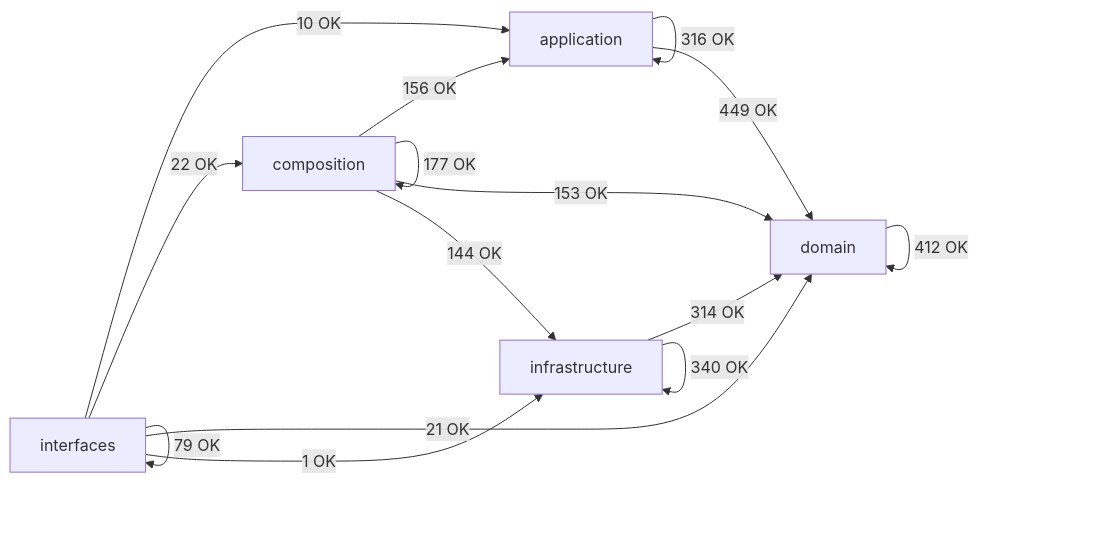
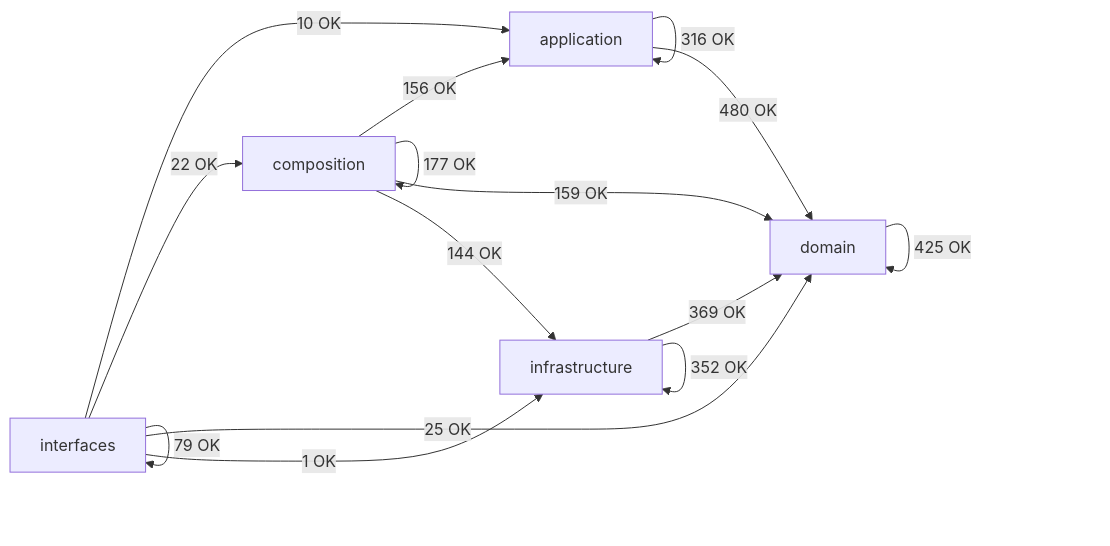
One commit to SatoryKono/BioactivityDataAcquisition changed the diagram in docs/02-architecture/generated/module-dependency-map.md. Above: the diagram before and after it, drawn with Mermaid. The commit also changed other lines of this file and 92 other files, not shown here.

````diff
--- a/docs/02-architecture/generated/module-dependency-map.md
+++ b/docs/02-architecture/generated/module-dependency-map.md
@@ -15,22 +15,22 @@
 ```mermaid
 flowchart LR
     domain[domain]
     application[application]
     infrastructure[infrastructure]
     composition[composition]
     interfaces[interfaces]
     application -->|316 OK| application
-    application -->|449 OK| domain
+    application -->|480 OK| domain
     composition -->|156 OK| application
     composition -->|177 OK| composition
-    composition -->|153 OK| domain
+    composition -->|159 OK| domain
     composition -->|144 OK| infrastructure
-    domain -->|412 OK| domain
-    infrastructure -->|314 OK| domain
-    infrastructure -->|340 OK| infrastructure
+    domain -->|425 OK| domain
+    infrastructure -->|369 OK| domain
+    infrastructure -->|352 OK| infrastructure
     interfaces -->|10 OK| application
     interfaces -->|22 OK| composition
-    interfaces -->|21 OK| domain
+    interfaces -->|25 OK| domain
     interfaces -->|1 OK| infrastructure
     interfaces -->|79 OK| interfaces
 ```
````
